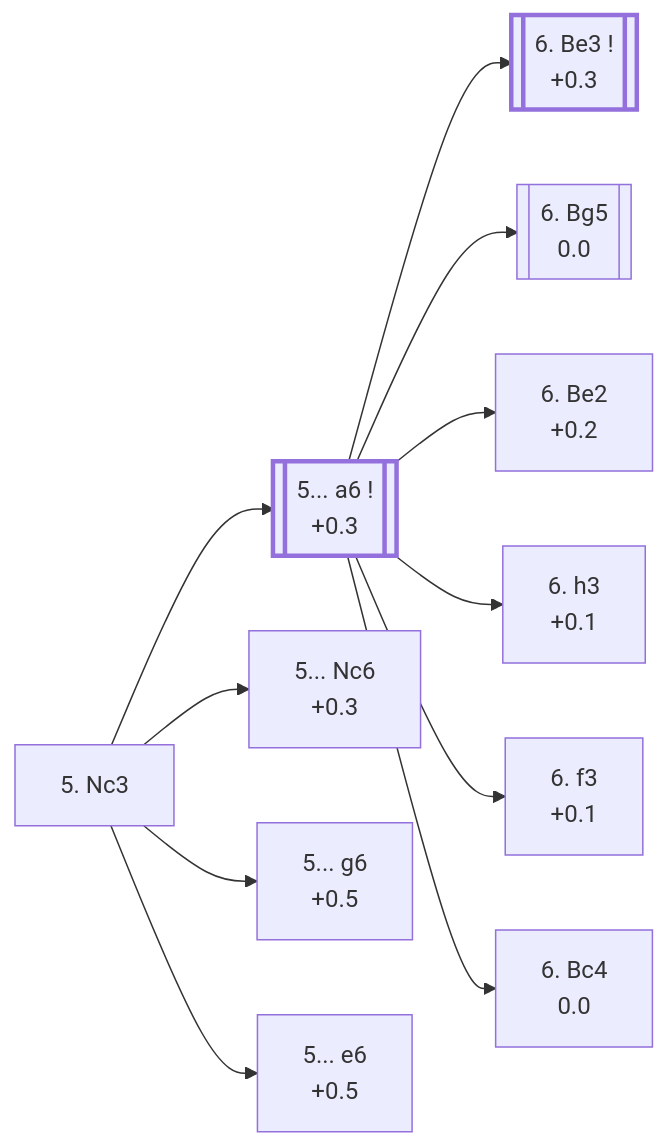
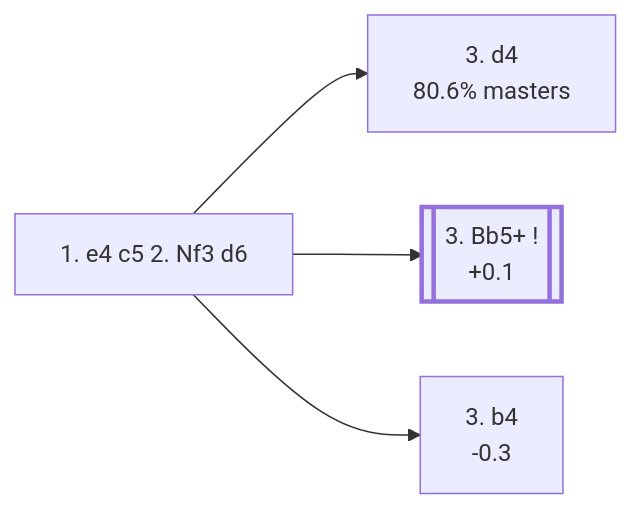
One commit to onclemarcel/chess_flashcards changed the diagram in e4_openings/B50_Sicilian_d6_Open.md. Above: the diagram before and after it, drawn with Mermaid. The commit also changed other lines of this file and 24 other files, not shown here.

````diff
--- a/e4_openings/B50_Sicilian_d6_Open.md
+++ b/e4_openings/B50_Sicilian_d6_Open.md
@@ -12,29 +12,14 @@
 ```mermaid
 flowchart LR
     classDef main stroke-width:3px;
 
-    Nc3["5. Nc3"]
-    click Nc3 "#_initial_move_" "B50 · Sicilian Defense, Open"
+    d6["1. e4 c5 2. Nf3 d6"]
+    click d6 "#_initial_move_" "B50 · Sicilian Defense: Modern Variations"
 
-    Nc3 --> a6[["5... a6 !<br/>+0.3"]]:::main
-    click a6 "#_a6_" "B90 · Sicilian Defense: Najdorf Variation"
-    Nc3 --> Nc6n["5... Nc6<br/>+0.3"]
-    click Nc6n "#_Nc6_" "B56 · Sicilian Defense: Classical Variation"
-    Nc3 --> g6n["5... g6<br/>+0.5"]
-    click g6n "#_g6_" "B70 · Sicilian Defense: Dragon Variation"
-    Nc3 --> e6n["5... e6<br/>+0.5"]
-    click e6n "#_e6_" "B80 · Sicilian Defense: Scheveningen Variation"
-
-    a6 --> Be3[["6. Be3 !<br/>+0.3"]]:::main
-    click Be3 "#_Be3_" "B90 · Sicilian Defense: Najdorf Variation, English Attack"
-    a6 --> Bg5[["6. Bg5<br/>0.0"]]
-    click Bg5 "#_Bg5_" "B94 · Sicilian Defense: Najdorf Variation"
-    a6 --> Be2["6. Be2<br/>+0.2"]
-    click Be2 "#_Be2_" "B92 · Sicilian Defense: Najdorf Variation, Opocensky Variation"
-    a6 --> h3n["6. h3<br/>+0.1"]
-    click h3n "#_h3_" "B90 · Sicilian Defense: Najdorf Variation, Adams Attack"
-    a6 --> f3n["6. f3<br/>+0.1"]
-    click f3n "#_f3_" "B90 · Sicilian Defense: Najdorf Variation"
-    a6 --> Bc4n["6. Bc4<br/>0.0"]
-    click Bc4n "#_Bc4_" "B90 · Sicilian Defense: Najdorf Variation, Lipnitsky Attack"
+    d6 --> d4["3. d4<br/>80.6% masters"]
+    click d4 "https://github.com/onclemarcel/chess_flashcards/blob/main/e4_openings/B54_Sicilian_d6_Modern_Main_Line.md" "B54 · Sicilian Defense: Modern Variations"
+    d6 --> Bb5[["3. Bb5+ !<br/>+0.1"]]:::main
+    click Bb5 "https://github.com/onclemarcel/chess_flashcards/blob/main/e4_openings/B51_Sicilian_Moscow_Variation.md" "B51 · Sicilian Defense: Moscow Variation"
+    d6 --> b4["3. b4<br/>-0.3"]
+    click b4 "#_b4_" "B50 · Sicilian Defense: Wing Gambit, Deferred"
 ```
````
